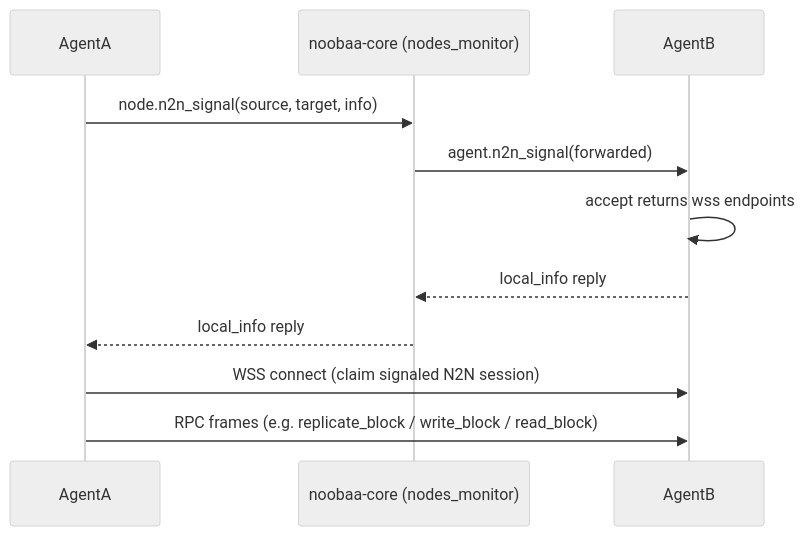
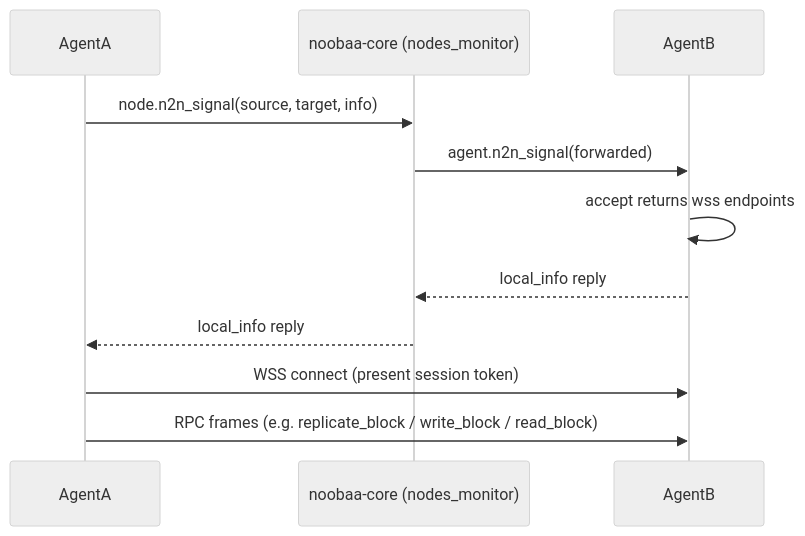
One commit to noobaa/noobaa-core changed the second of 2 diagrams in docs/design/RemoveICE.md. Above: the diagram before and after it, drawn with Mermaid (neutral theme). The commit also changed other lines of this file, not shown here.

Commit message:
CR changes - give more details about the auth flow (include TTL)

````diff
--- a/docs/design/RemoveICE.md
+++ b/docs/design/RemoveICE.md
@@ -74,13 +74,13 @@
 ```mermaid
 sequenceDiagram
     participant AgentA
     participant Core as noobaa-core (nodes_monitor)
     participant AgentB
     AgentA->>Core: node.n2n_signal(source, target, info)
     Core->>AgentB: agent.n2n_signal(forwarded)
     AgentB->>AgentB: accept returns wss endpoints
     AgentB-->>Core: local_info reply
     Core-->>AgentA: local_info reply
-    AgentA->>AgentB: WSS connect (claim signaled N2N session)
+    AgentA->>AgentB: WSS connect (present session token)
     AgentA->>AgentB: RPC frames (e.g. replicate_block / write_block / read_block)
 ```
````
